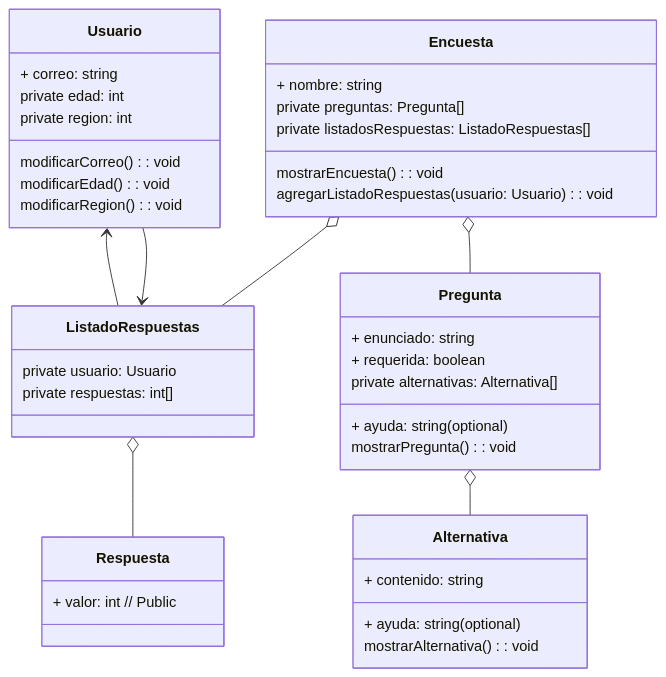
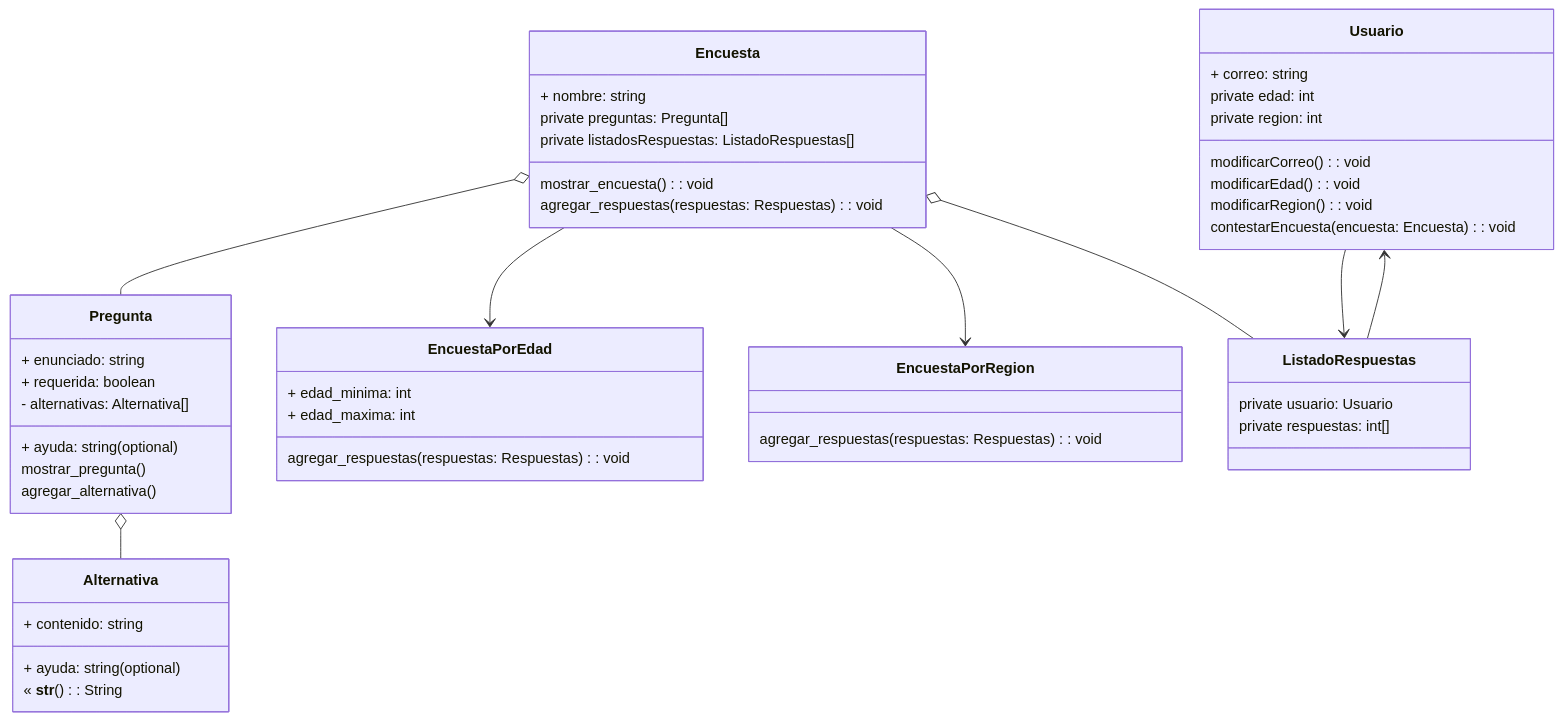
Before and after one commit to saert3311/python_g3_desafio_latam: the diagram in M4/diagramas encuestas/README.md, drawn with Mermaid. The commit also changed 5 other files, not shown here.

````diff
--- a/M4/diagramas encuestas/README.md
+++ b/M4/diagramas encuestas/README.md
@@ -1,53 +1,65 @@
 ```mermaid
 classDiagram
   class Usuario {
     + correo: string
     private edad: int
     private region: int
     
     modificarCorreo(): void
     modificarEdad(): void 
     modificarRegion(): void 
+    contestarEncuesta(encuesta: Encuesta): void
   }
   
   class Encuesta {
     + nombre: string
     private preguntas: Pregunta[]
     private listadosRespuestas: ListadoRespuestas[]  
     
-    mostrarEncuesta(): void
-    agregarListadoRespuestas(usuario: Usuario): void 
+    mostrar_encuesta(): void
+    agregar_respuestas(respuestas: Respuestas): void 
+  }
+
+    class EncuestaPorEdad {
+    + edad_minima: int
+    + edad_maxima: int
+
+    agregar_respuestas(respuestas: Respuestas): void 
+  }
+
+  class EncuestaPorRegion {
+
+    agregar_respuestas(respuestas: Respuestas): void 
   }
   
   class Pregunta {
     + enunciado: string 
     + ayuda: string (optional) 
     + requerida: boolean 
-    private alternativas: Alternativa[]  
+    - alternativas: Alternativa[]  
     
-    mostrarPregunta(): void
+    mostrar_pregunta()
+    agregar_alternativa()
   }
   
   class Alternativa {
     + contenido: string 
     + ayuda: string (optional) 
     
-    mostrarAlternativa(): void
+    « __str__(): String
   }
   
   class ListadoRespuestas {
     private usuario: Usuario  
     private respuestas: int[] 
   }
   
-  class Respuesta {
-    + valor: int // Public
-  }
   
   Usuario --> ListadoRespuestas
   Encuesta o-- Pregunta
+  Encuesta --> EncuestaPorEdad
+  Encuesta --> EncuestaPorRegion
   Encuesta o-- ListadoRespuestas
   Pregunta o-- Alternativa
   ListadoRespuestas --> Usuario
-  ListadoRespuestas o-- Respuesta
 ```
````
